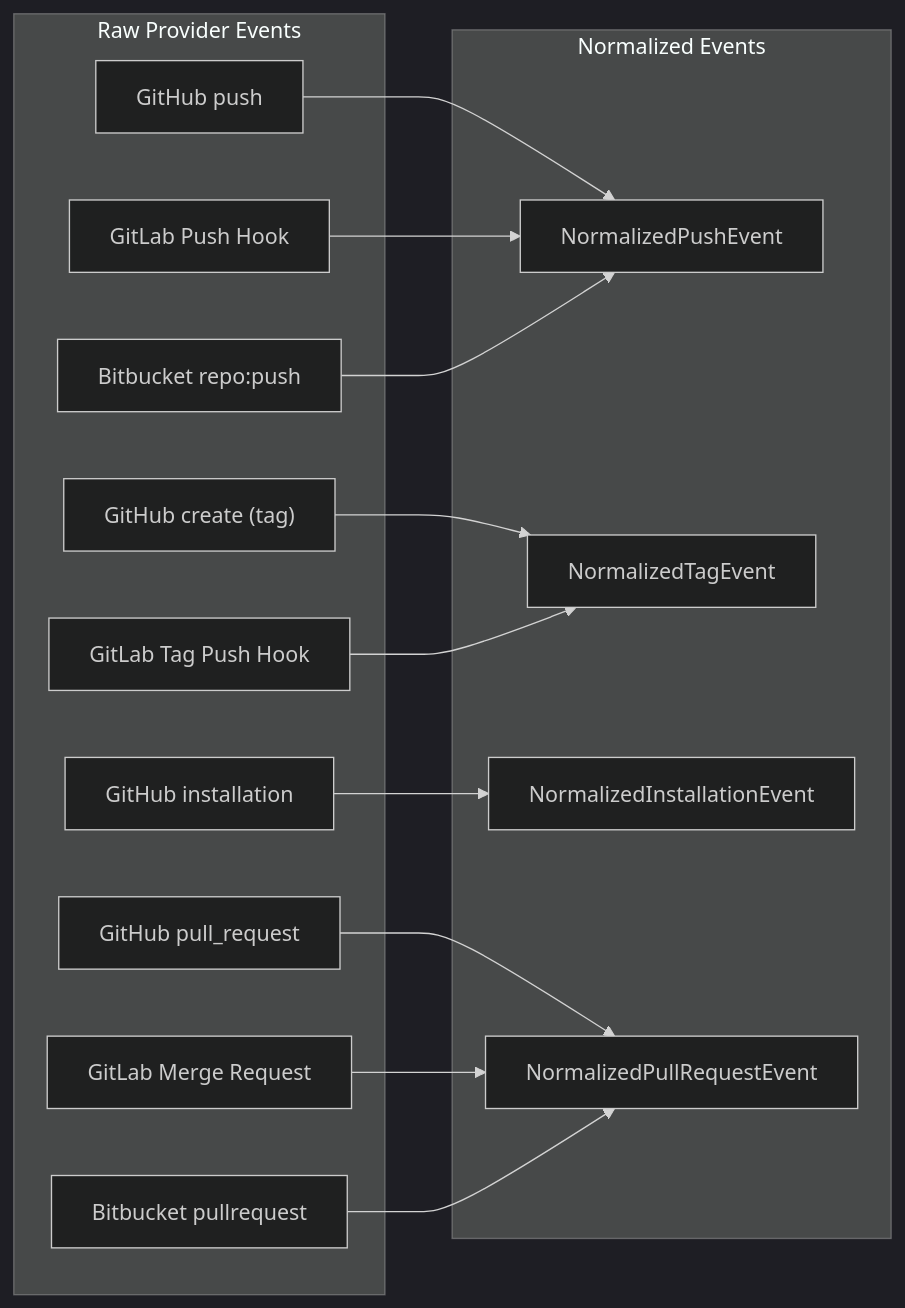
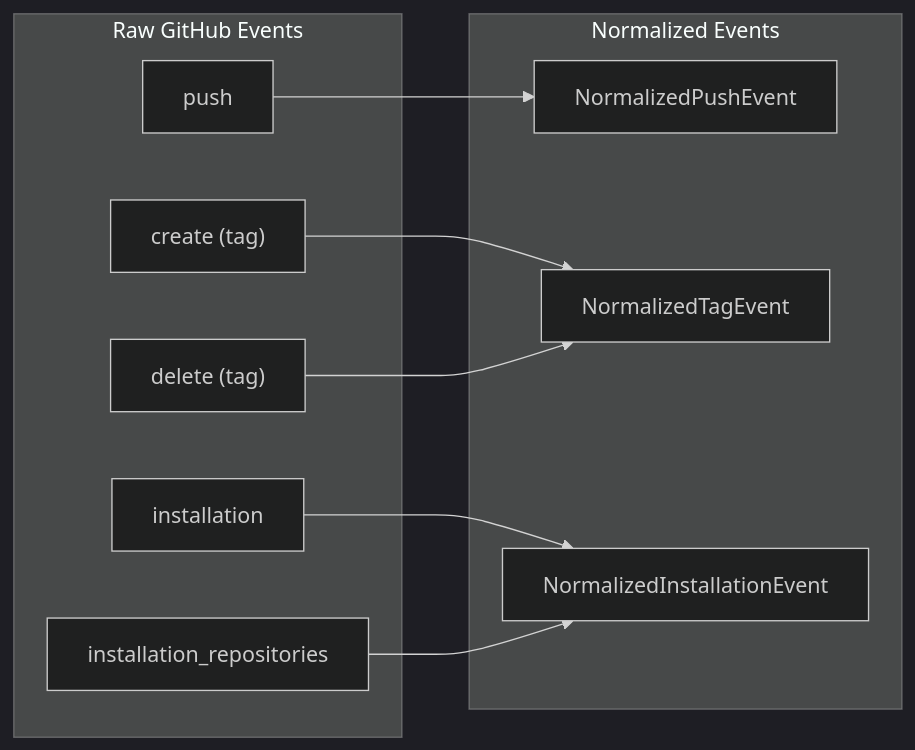
Before and after one commit to devangshupandey2025-stack/DevSage: the fourth of 12 diagrams in docs/v3/planned/webhooks-integrations.md, drawn with Mermaid (dark theme). The commit also changed other lines of this file, not shown here.

First line of the commit message:
docs(webhooks): reduce to GitHub-only, add rounds-aware tag handler

````diff
--- a/docs/v3/planned/webhooks-integrations.md
+++ b/docs/v3/planned/webhooks-integrations.md
@@ -311,31 +179,22 @@
 ```mermaid
 flowchart LR
-    subgraph "Raw Provider Events"
-        R1["GitHub push"]
-        R2["GitLab Push Hook"]
-        R3["Bitbucket repo:push"]
-        R4["GitHub create (tag)"]
-        R5["GitLab Tag Push Hook"]
-        R6["GitHub installation"]
-        R7["GitHub pull_request"]
-        R8["GitLab Merge Request"]
-        R9["Bitbucket pullrequest"]
+    subgraph "Raw GitHub Events"
+        R1["push"]
+        R2["create (tag)"]
+        R3["delete (tag)"]
+        R4["installation"]
+        R5["installation_repositories"]
     end
 
     subgraph "Normalized Events"
         N1["NormalizedPushEvent"]
         N2["NormalizedTagEvent"]
         N3["NormalizedInstallationEvent"]
-        N4["NormalizedPullRequestEvent"]
     end
 
     R1 --> N1
-    R2 --> N1
-    R3 --> N1
-    R4 --> N2
-    R5 --> N2
-    R6 --> N3
-    R7 --> N4
-    R8 --> N4
-    R9 --> N4
+    R2 --> N2
+    R3 --> N2
+    R4 --> N3
+    R5 --> N3
 ```
````
